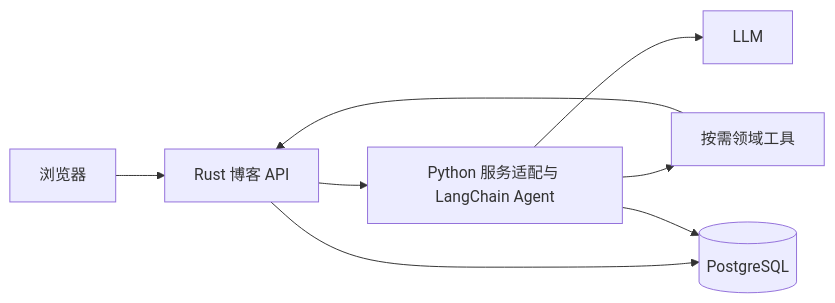
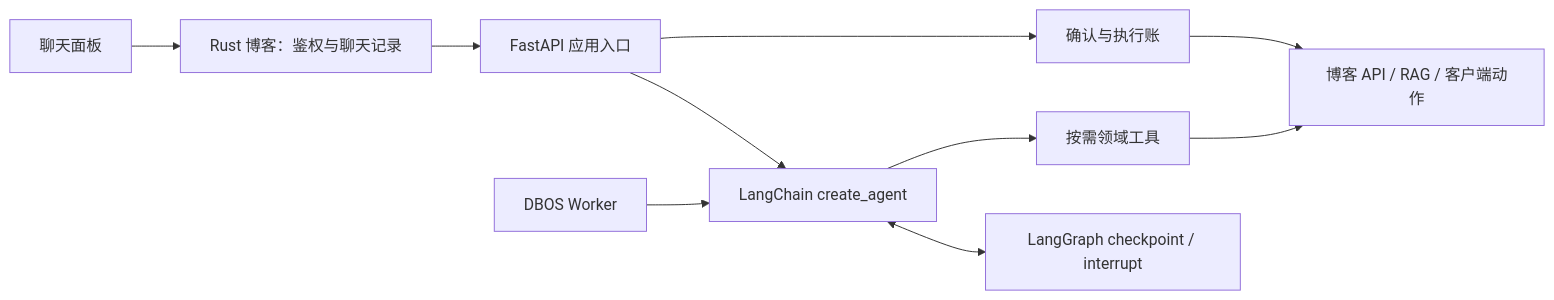
The diagram in docs/agent-architecture.md (BigLeopardCat/saudade-blog-agent), drawn with Mermaid before and after one commit. The commit also changed other lines of this file and 42 other files, not shown here.

````diff
--- a/docs/agent-architecture.md
+++ b/docs/agent-architecture.md
@@ -21,10 +7,12 @@
 ```mermaid
 flowchart LR
-    UI[浏览器] --> BLOG[Rust 博客 API]
-    BLOG --> AGENT[Python 服务适配与 LangChain Agent]
-    AGENT --> MODEL[LLM]
-    AGENT --> TOOLS[按需领域工具]
-    TOOLS --> BLOG
-    BLOG --> DB[(PostgreSQL)]
-    AGENT --> DB
+    UI[聊天面板] --> Host[Rust 博客：鉴权与聊天记录]
+    Host --> App[FastAPI 应用入口]
+    App --> Agent[LangChain create_agent]
+    Agent <--> State[LangGraph checkpoint / interrupt]
+    Agent --> Domains[按需领域工具]
+    Domains --> Backend[博客 API / RAG / 客户端动作]
+    App --> Approval[确认与执行账]
+    Approval --> Backend
+    Jobs[DBOS Worker] --> Agent
 ```
````
